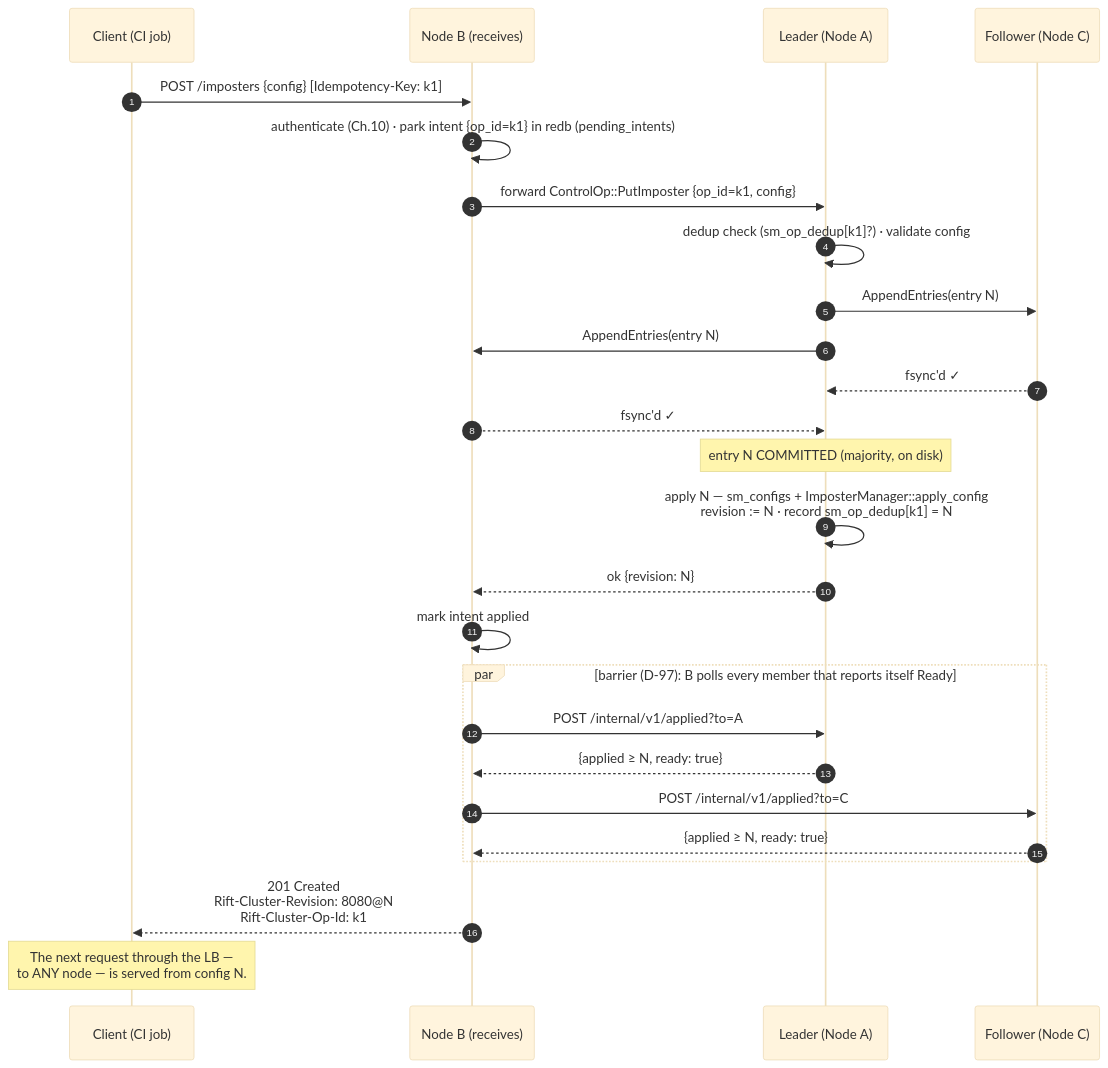
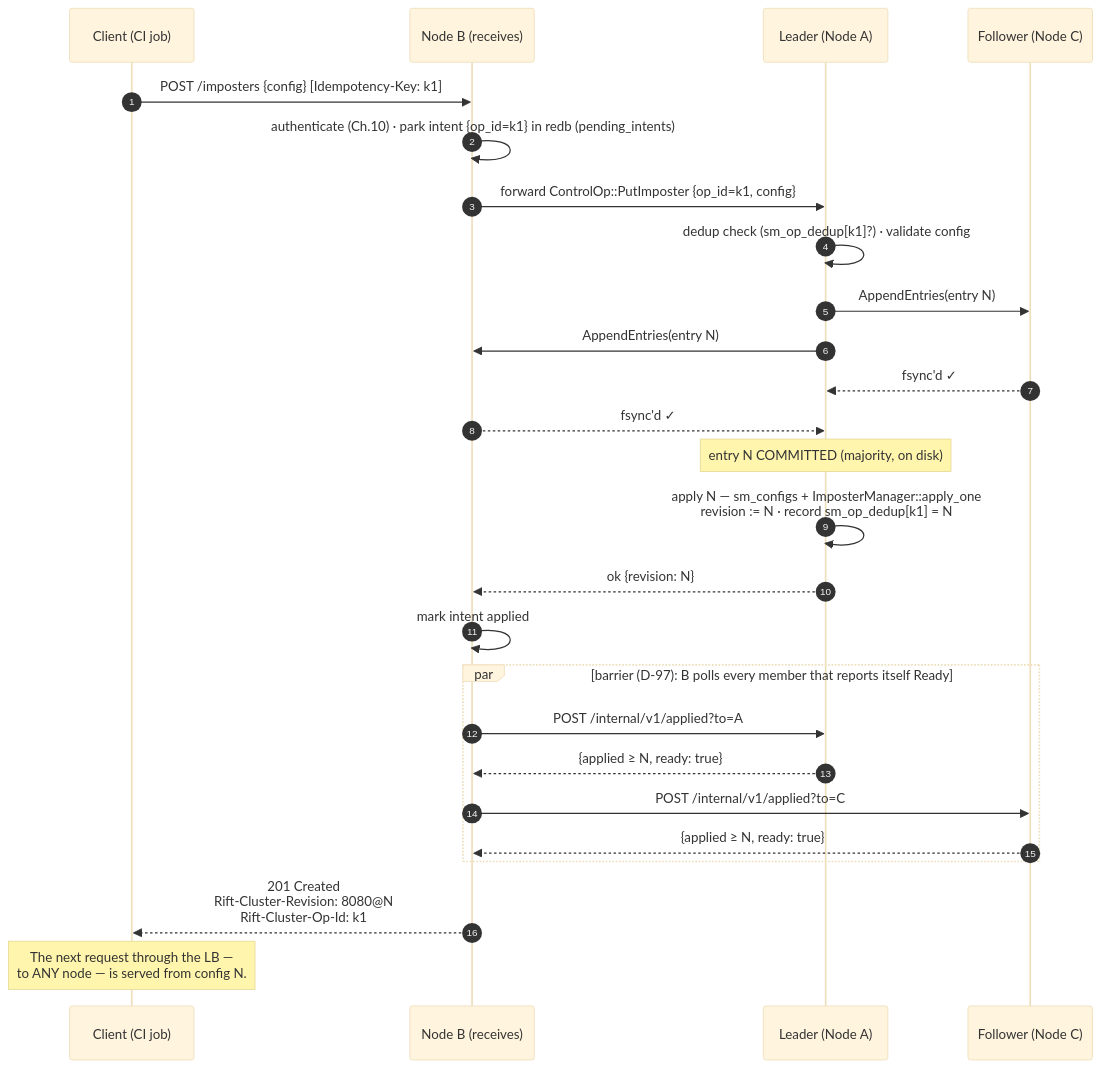
Before and after one commit to achird-labs/rift-cluster: the diagram in docs/architecture/04-write-path.md, drawn with Mermaid (base theme). The commit also changed other lines of this file and 5 other files, not shown here.

````diff
--- a/docs/architecture/04-write-path.md
+++ b/docs/architecture/04-write-path.md
@@ -12,29 +12,29 @@
 ```mermaid
 sequenceDiagram
     autonumber
     participant C as Client (CI job)
     participant B as Node B (receives)
     participant L as Leader (Node A)
     participant F as Follower (Node C)
 
     C->>B: POST /imposters {config}  [Idempotency-Key: k1]
     B->>B: authenticate (Ch.10) · park intent {op_id=k1} in redb (pending_intents)
     B->>L: forward ControlOp::PutImposter {op_id=k1, config}
     L->>L: dedup check (sm_op_dedup[k1]?) · validate config
     L->>F: AppendEntries(entry N)
     L->>B: AppendEntries(entry N)
     F-->>L: fsync'd ✓
     B-->>L: fsync'd ✓
     Note over L: entry N COMMITTED (majority, on disk)
-    L->>L: apply N — sm_configs + ImposterManager::apply_config<br/>revision := N · record sm_op_dedup[k1] = N
+    L->>L: apply N — sm_configs + ImposterManager::apply_one<br/>revision := N · record sm_op_dedup[k1] = N
     L-->>B: ok {revision: N}
     B->>B: mark intent applied
     par barrier (D-97): B polls every member that reports itself Ready
         B->>L: POST /internal/v1/applied?to=A
         L-->>B: {applied ≥ N, ready: true}
         B->>F: POST /internal/v1/applied?to=C
         F-->>B: {applied ≥ N, ready: true}
     end
     B-->>C: 201 Created<br/>Rift-Cluster-Revision: 8080@N<br/>Rift-Cluster-Op-Id: k1
     Note over C: The next request through the LB —<br/>to ANY node — is served from config N.
 ```
````
